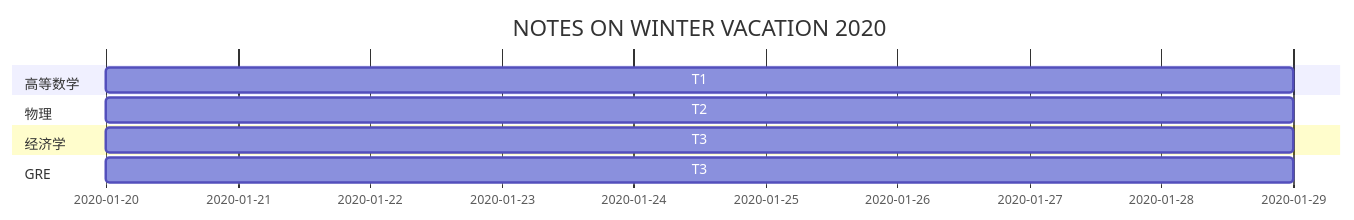
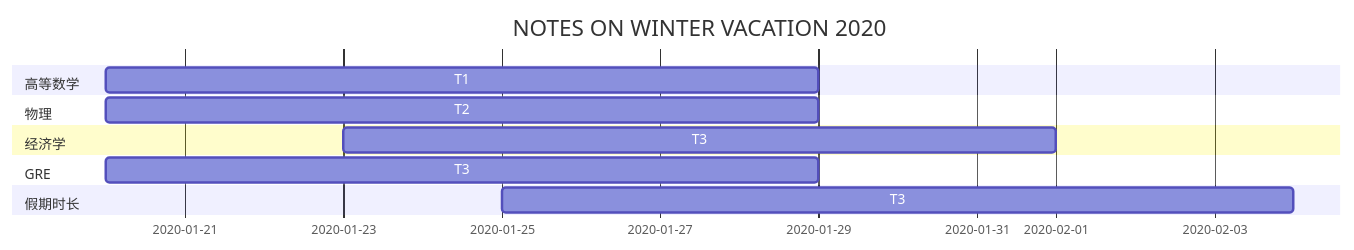
One commit to AAAlimjan/MOOC changed the diagram in MOOC/Winter-Vacation-2020.md. Above: the diagram before and after it, drawn with Mermaid.

````diff
--- a/MOOC/Winter-Vacation-2020.md
+++ b/MOOC/Winter-Vacation-2020.md
@@ -10,13 +10,15 @@
 ```mermaid
 gantt
 dateFormat YYYY-MM-DD
 title NOTES ON WINTER VACATION 2020 
 section 高等数学
 T1: 2020-01-20, 9d
 section 物理
 T2: 2020-01-20, 9d
 section 经济学
-T3: 2020-01-20, 9d
+T3: 2020-01-23, 9d
 section GRE
 T3:2020-01-20, 9d
+section 假期时长
+T3:2020-01-25, 10d
 ```
````
